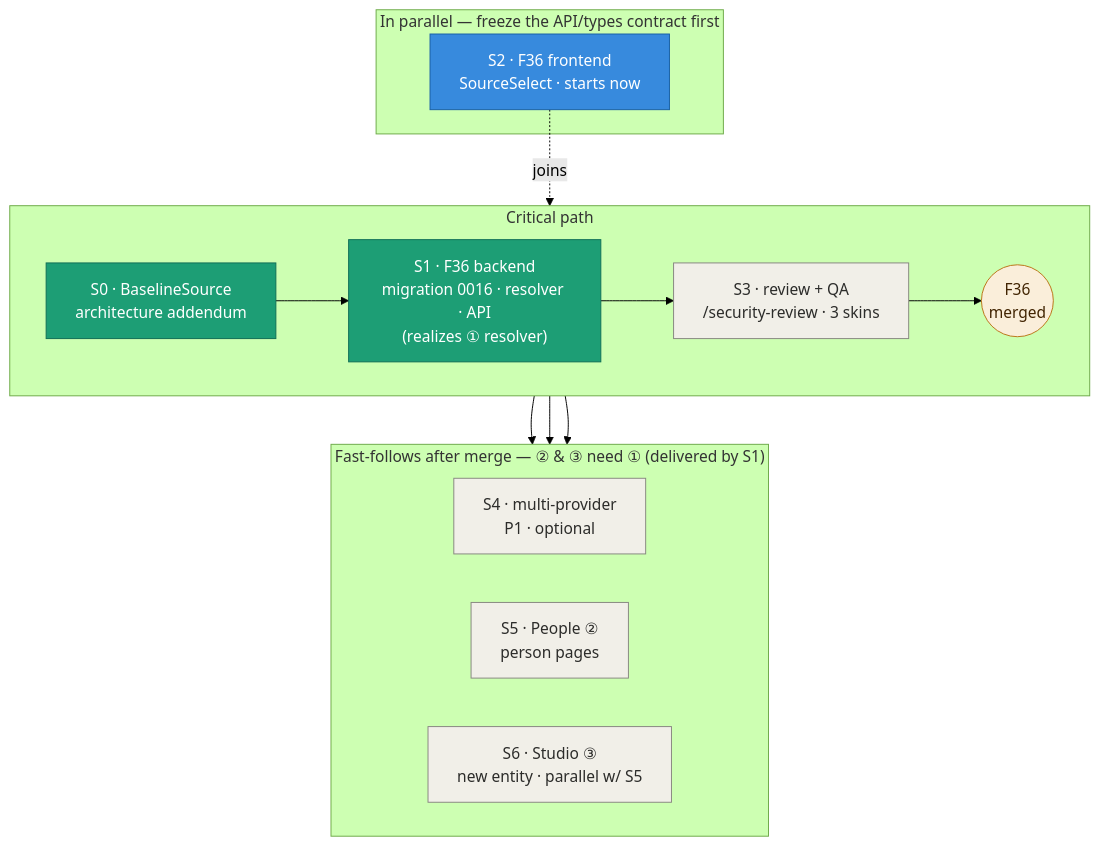
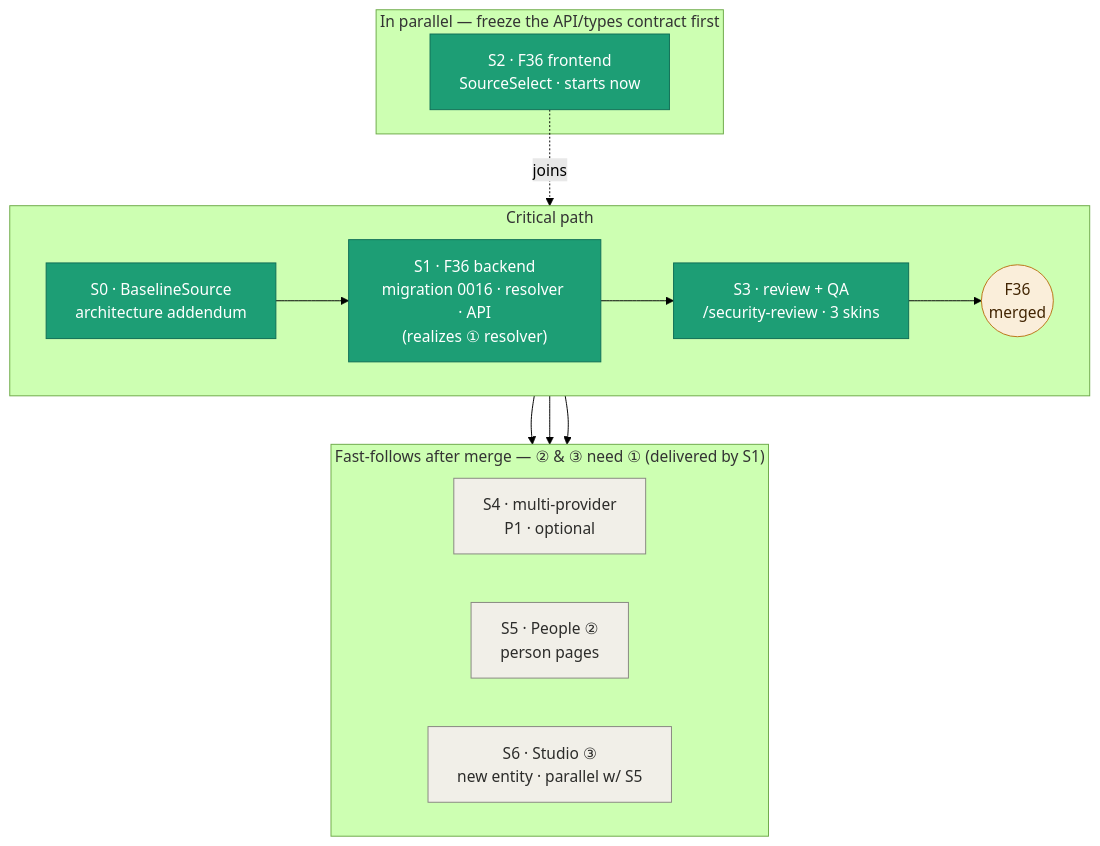
The diagram in docs/plans/field-source-of-truth-rollout.md (whoiskevinrich/holodex), drawn with Mermaid (forest theme) before and after one commit. The commit also changed other lines of this file, not shown here.

Commit message:
docs(F36): mark S2 + S3 done — live 3-skin QA passed

````diff
--- a/docs/plans/field-source-of-truth-rollout.md
+++ b/docs/plans/field-source-of-truth-rollout.md
@@ -12,32 +12,31 @@
 ```mermaid
 flowchart TB
   subgraph CP["Critical path"]
     direction LR
     S0["S0 · BaselineSource<br/>architecture addendum"] --> S1["S1 · F36 backend<br/>migration 0016 · resolver · API<br/>(realizes ① resolver)"]
     S1 --> S3["S3 · review + QA<br/>/security-review · 3 skins"]
     S3 --> M(("F36<br/>merged"))
   end
   subgraph PAR["In parallel — freeze the API/types contract first"]
     S2["S2 · F36 frontend<br/>SourceSelect · starts now"]
   end
   S2 -. joins .-> S3
   subgraph FF["Fast-follows after merge — ② &amp; ③ need ① (delivered by S1)"]
     direction LR
     S4["S4 · multi-provider<br/>P1 · optional"]
     S5["S5 · People ②<br/>person pages"]
     S6["S6 · Studio ③<br/>new entity · parallel w/ S5"]
   end
   M --> S4
   M --> S5
   M --> S6
 
   classDef done fill:#1d9e75,stroke:#0f6e56,color:#ffffff;
   classDef active fill:#378add,stroke:#185fa5,color:#ffffff;
   classDef pending fill:#f1efe8,stroke:#888780,color:#2c2c2a;
   classDef gate fill:#faeeda,stroke:#ba7517,color:#412402;
 
-  class S3,S4,S5,S6 pending;
-  class S0,S1 done;
-  class S2 active;
+  class S4,S5,S6 pending;
+  class S0,S1,S2,S3 done;
   class M gate;
 ```
````
